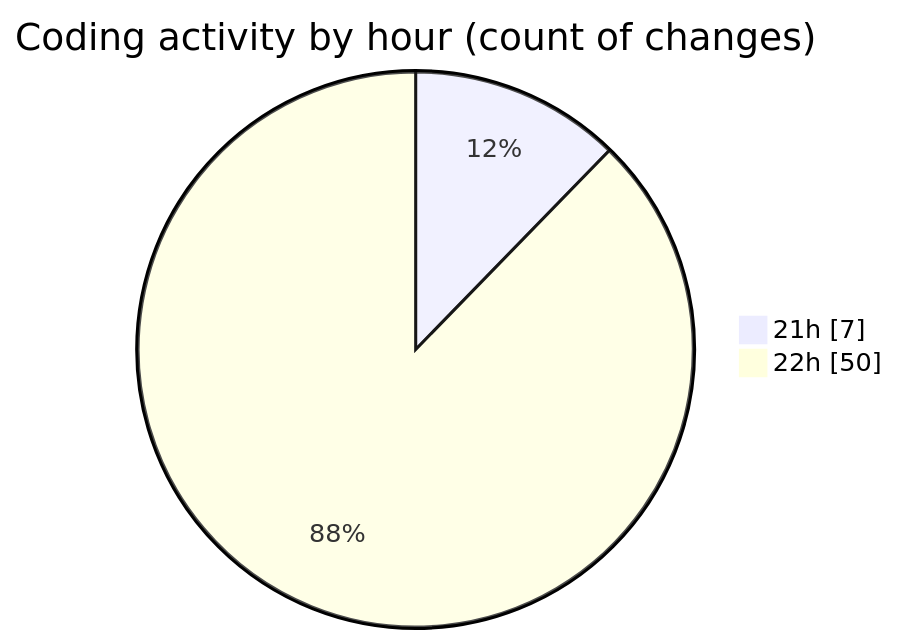
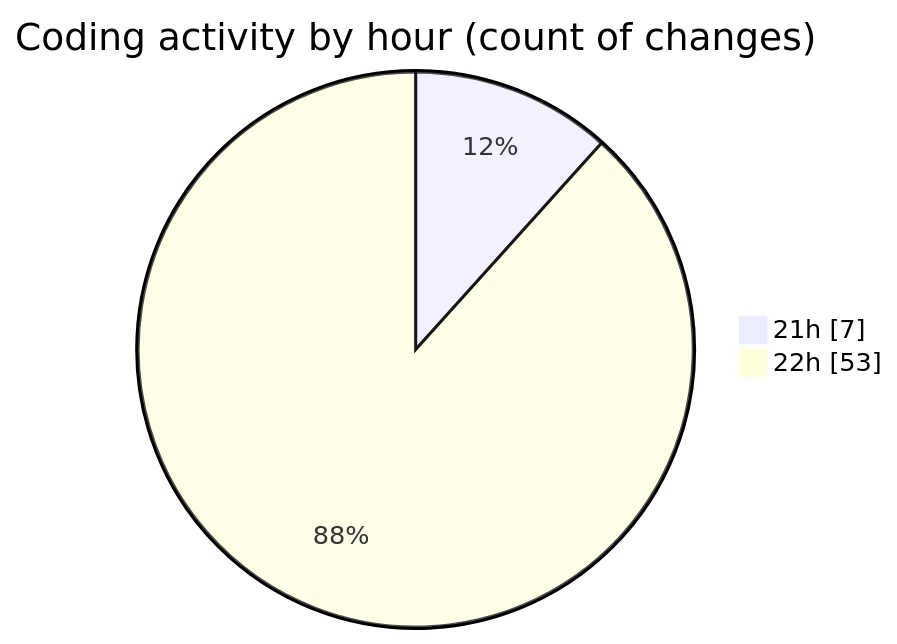
The second of 2 diagrams in 2025-08-26/mcp-web/README.md (EIIisD/code-tracking), drawn with Mermaid before and after one commit. The commit also changed other lines of this file and 1 other file, not shown here.

````diff
--- a/2025-08-26/mcp-web/README.md
+++ b/2025-08-26/mcp-web/README.md
@@ -32,6 +32,6 @@
 ```mermaid
 pie showData
 title Coding activity by hour (count of changes)
 "21h" : 7
-"22h" : 50
+"22h" : 53
 ```
````
